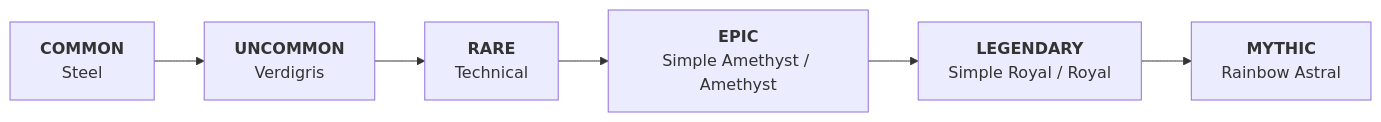
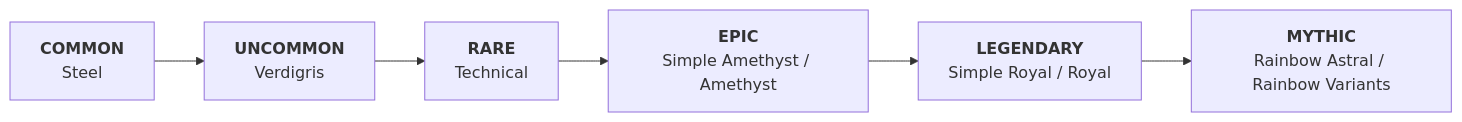
One commit to XZtotal/CraftingBlueprints-Wiki changed the first of 2 diagrams in docs/authoring/map-themes.md. Above: the diagram before and after it, drawn with Mermaid. The commit also changed other lines of this file and 6 other files, not shown here.

````diff
--- a/docs/authoring/map-themes.md
+++ b/docs/authoring/map-themes.md
@@ -81,11 +81,11 @@
 ```mermaid
 flowchart LR
     C["<b>COMMON</b><br/>Steel"]
     U["<b>UNCOMMON</b><br/>Verdigris"]
     R["<b>RARE</b><br/>Technical"]
     E["<b>EPIC</b><br/>Simple Amethyst / Amethyst"]
     L["<b>LEGENDARY</b><br/>Simple Royal / Royal"]
-    M["<b>MYTHIC</b><br/>Rainbow Astral"]
+    M["<b>MYTHIC</b><br/>Rainbow Astral / Rainbow Variants"]
 
     C --> U --> R --> E --> L --> M
 ```
````
